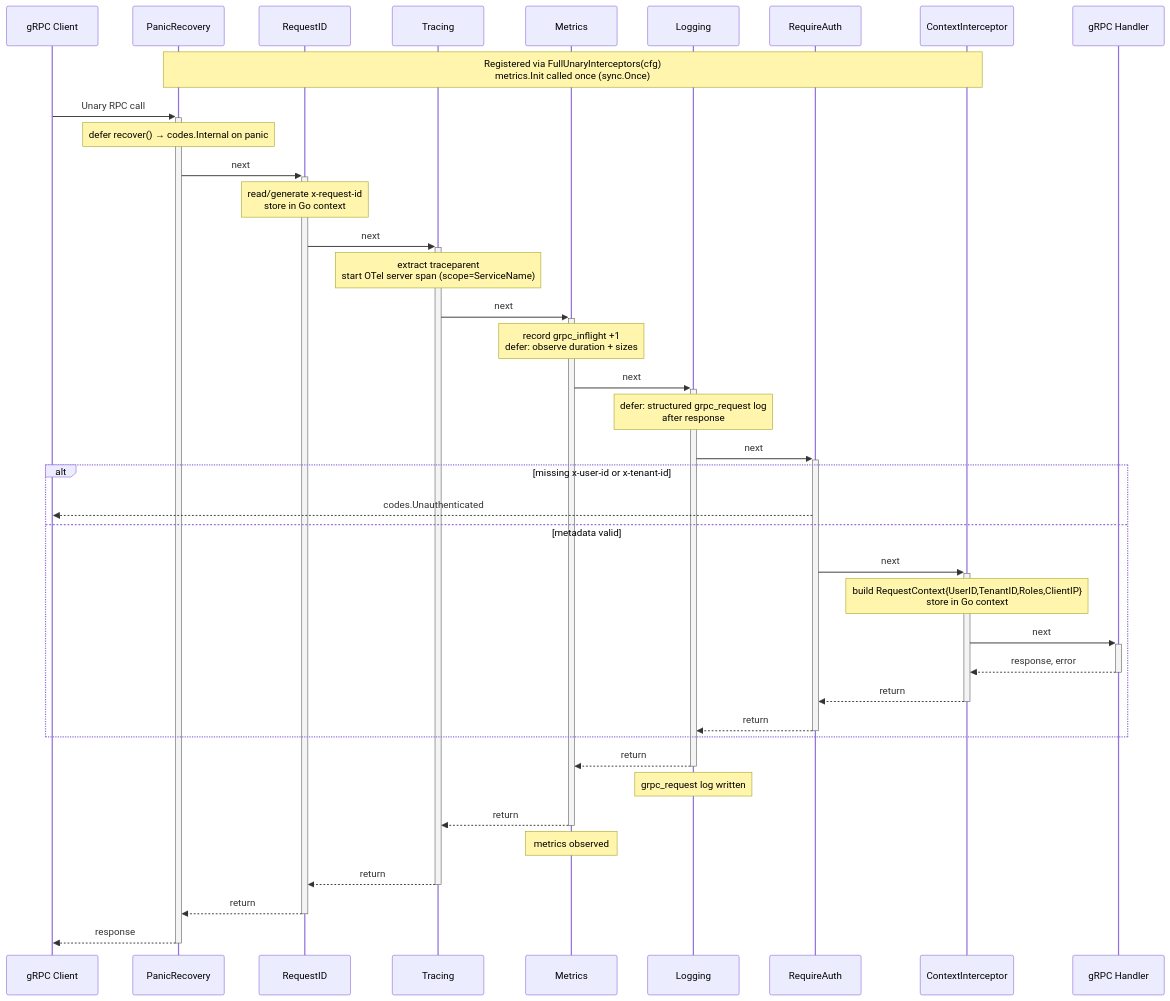
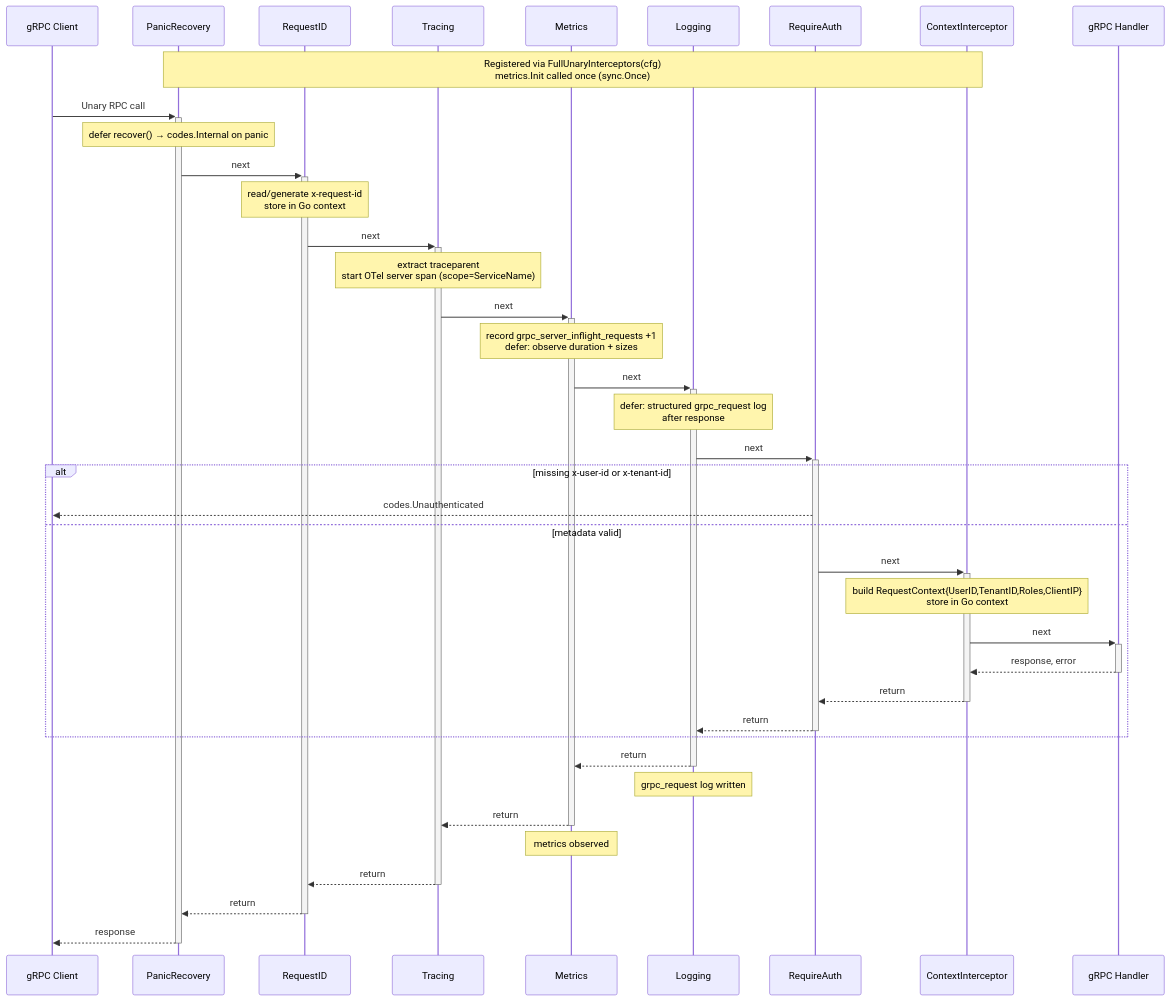
The ninth of 12 diagrams in ARCHITECTURE.md (BCBP-SOLUTIONS-FZC-LLC/platform-gincommon), drawn with Mermaid before and after one commit. The commit also changed other lines of this file and 46 other files, not shown here.

````diff
--- a/ARCHITECTURE.md
+++ b/ARCHITECTURE.md
@@ -459,50 +471,50 @@
 ```mermaid
 sequenceDiagram
     participant Client as gRPC Client
     participant PR as PanicRecovery
     participant RI as RequestID
     participant TR as Tracing
     participant ME as Metrics
     participant LO as Logging
     participant AU as RequireAuth
     participant CM as ContextInterceptor
     participant H as gRPC Handler
 
     Note over PR,CM: Registered via FullUnaryInterceptors(cfg)<br/>metrics.Init called once (sync.Once)
 
     Client ->>+ PR: Unary RPC call
     Note over PR: defer recover() → codes.Internal on panic
 
     PR ->>+ RI: next
     Note over RI: read/generate x-request-id<br/>store in Go context
 
     RI ->>+ TR: next
     Note over TR: extract traceparent<br/>start OTel server span (scope=ServiceName)
 
     TR ->>+ ME: next
-    Note over ME: record grpc_inflight +1<br/>defer: observe duration + sizes
+    Note over ME: record grpc_server_inflight_requests +1<br/>defer: observe duration + sizes
 
     ME ->>+ LO: next
     Note over LO: defer: structured grpc_request log<br/>after response
 
     LO ->>+ AU: next
     alt missing x-user-id or x-tenant-id
         AU -->> Client: codes.Unauthenticated
     else metadata valid
         AU ->>+ CM: next
         Note over CM: build RequestContext{UserID,TenantID,Roles,ClientIP}<br/>store in Go context
 
         CM ->>+ H: next
         H -->>- CM: response, error
         CM -->>- AU: return
         AU -->>- LO: return
     end
 
     LO -->>- ME: return
     Note over LO: grpc_request log written
     ME -->>- TR: return
     Note over ME: metrics observed
     TR -->>- RI: return
     RI -->>- PR: return
     PR -->>- Client: response
 ```
````
